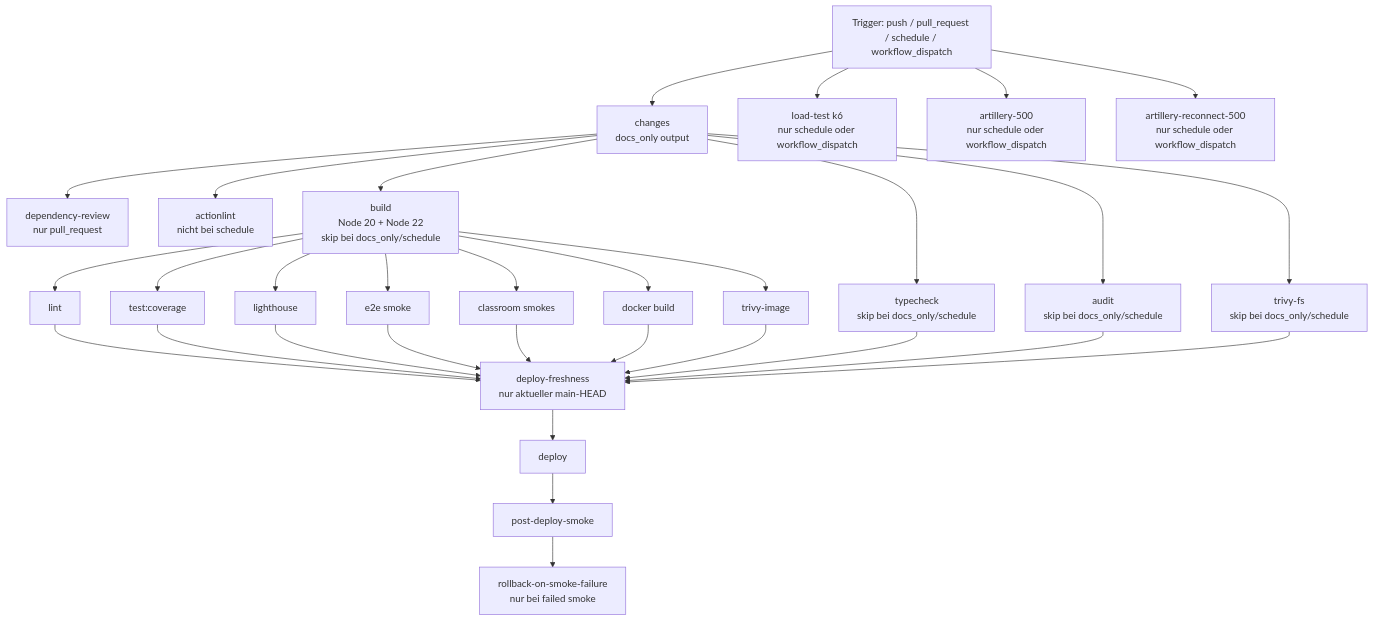
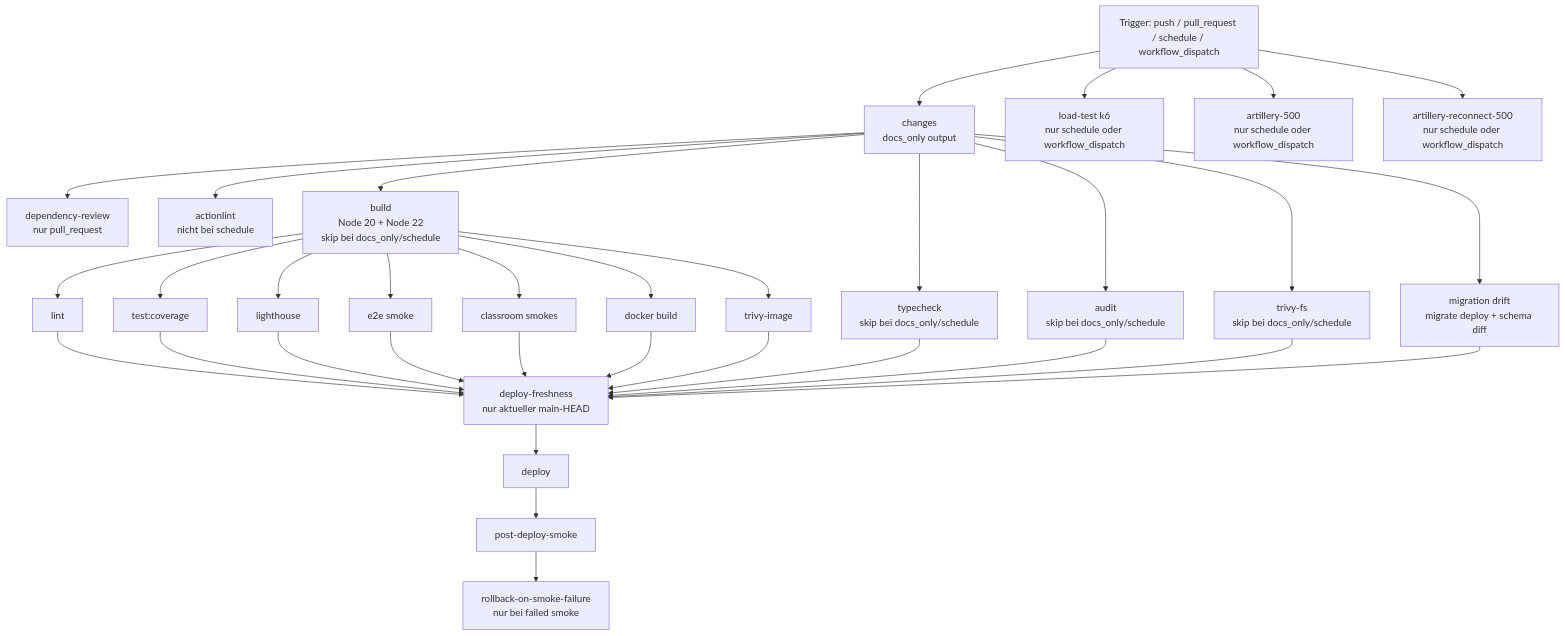
The diagram in docs/CI-WORKFLOW.md (docmoritz/arsnova-eu), drawn with Mermaid before and after one commit. The commit also changed other lines of this file and 3 other files, not shown here.

First line of the commit message:
fix(db): Schema-Drift in Migrationskette schließen

````diff
--- a/docs/CI-WORKFLOW.md
+++ b/docs/CI-WORKFLOW.md
@@ -63,40 +63,42 @@
 ```mermaid
 flowchart TD
   A[Trigger: push / pull_request / schedule / workflow_dispatch]
   A --> Z[changes<br/>docs_only output]
 
   Z --> B[dependency-review<br/>nur pull_request]
   Z --> C[actionlint<br/>nicht bei schedule]
   Z --> D[build<br/>Node 20 + Node 22<br/>skip bei docs_only/schedule]
   Z --> E[typecheck<br/>skip bei docs_only/schedule]
   Z --> F[audit<br/>skip bei docs_only/schedule]
   Z --> G[trivy-fs<br/>skip bei docs_only/schedule]
+  Z --> G2[migration drift<br/>migrate deploy + schema diff]
 
   D --> H[lint]
   D --> I[test:coverage]
   D --> J[lighthouse]
   D --> K[e2e smoke]
   D --> K2[classroom smokes]
   D --> L[docker build]
   D --> M[trivy-image]
 
   H --> Q[deploy-freshness<br/>nur aktueller main-HEAD]
   I --> Q
   J --> Q
   K --> Q
   K2 --> Q
   L --> Q
   E --> Q
   F --> Q
   G --> Q
+  G2 --> Q
   M --> Q
 
   Q --> N[deploy]
 
   N --> O[post-deploy-smoke]
   O --> P[rollback-on-smoke-failure<br/>nur bei failed smoke]
 
   A --> R[load-test k6<br/>nur schedule oder workflow_dispatch]
   A --> R2[artillery-500<br/>nur schedule oder workflow_dispatch]
   A --> R2a[artillery-reconnect-500<br/>nur schedule oder workflow_dispatch]
 ```
````
